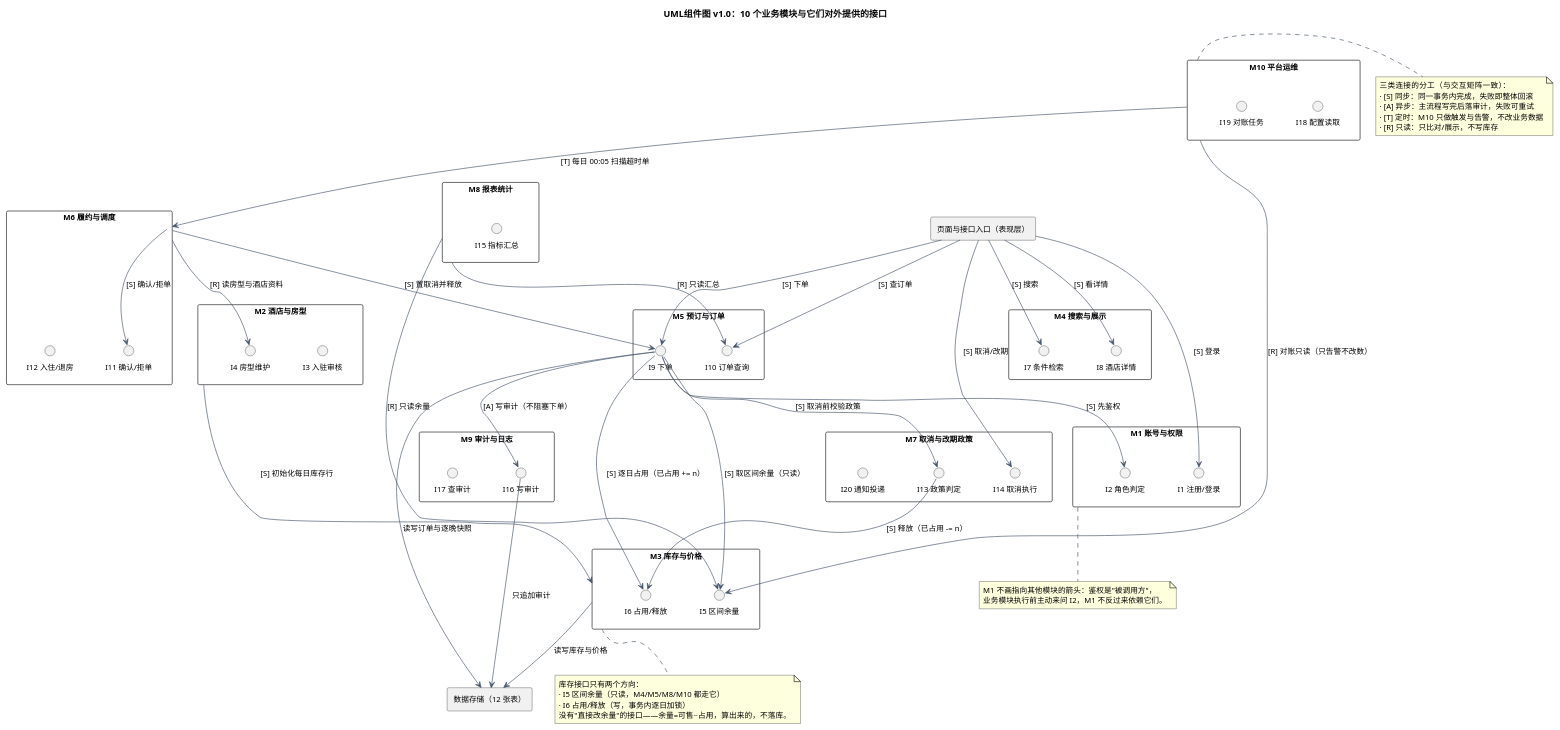
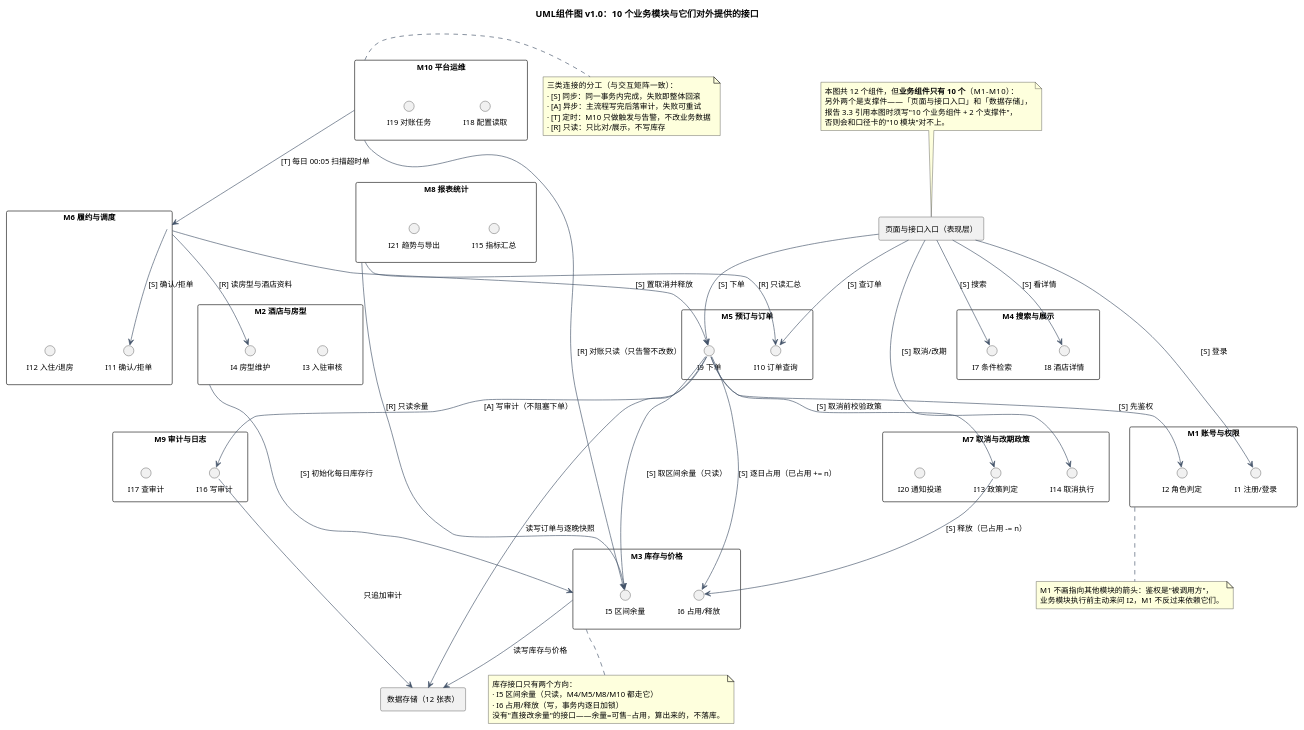
The diagram in exp2/UML/UML组件图.puml (ChenYiFanAccount/softeng-lab1-requirements), drawn with PlantUML before and after one commit. The commit also changed 7 other files, not shown here.

First line of the commit message:
[S2-fix] 结构图返工：角色改枚举字段、补 Booking—Hotel、改正终态注释（29/29 PASS）

```diff
--- a/exp2/UML/UML组件图.puml
+++ b/exp2/UML/UML组件图.puml
@@ -1,123 +1,131 @@
 @startuml
 ' 版本：v1.0（2026-11-12，S2 结构图）
 ' 口径来源：exp2/设计基线/02_模块划分与交互.md §2 模块卡片（对外接口）、§3 交互矩阵（S/A/T/R）
 ' 画法：10 个业务模块各画成一个组件，组件框内列出它对外提供的具名接口（共 20 个）；
 ' 组件之间的箭头一律带 [S]/[A]/[T]/[R] 与接口名，与交互矩阵逐格对应。
 title UML组件图 v1.0：10 个业务模块与它们对外提供的接口
 
 skinparam shadowing false
 skinparam defaultFontSize 12
 skinparam componentStyle rectangle
 skinparam ArrowColor #44546A
 
 component "页面与接口入口（表现层）" as WEB
 
 component "M1 账号与权限" as M1 {
   interface "I1 注册/登录" as I1
   interface "I2 角色判定" as I2
 }
 
 component "M2 酒店与房型" as M2 {
   interface "I3 入驻审核" as I3
   interface "I4 房型维护" as I4
 }
 
 component "M3 库存与价格" as M3 {
   interface "I5 区间余量" as I5
   interface "I6 占用/释放" as I6
 }
 
 component "M4 搜索与展示" as M4 {
   interface "I7 条件检索" as I7
   interface "I8 酒店详情" as I8
 }
 
 component "M5 预订与订单" as M5 {
   interface "I9 下单" as I9
   interface "I10 订单查询" as I10
 }
 
 component "M6 履约与调度" as M6 {
   interface "I11 确认/拒单" as I11
   interface "I12 入住/退房" as I12
 }
 
 component "M7 取消与改期政策" as M7 {
   interface "I13 政策判定" as I13
   interface "I14 取消执行" as I14
   interface "I20 通知投递" as I20
 }
 
 component "M8 报表统计" as M8 {
   interface "I15 指标汇总" as I15
+  interface "I21 趋势与导出" as I21
 }
 
 component "M9 审计与日志" as M9 {
   interface "I16 写审计" as I16
   interface "I17 查审计" as I17
 }
 
 component "M10 平台运维" as M10 {
   interface "I18 配置读取" as I18
   interface "I19 对账任务" as I19
 }
 
 component "数据存储（12 张表）" as DB
 
 ' ---------- 入口 → 业务模块 ----------
 WEB --> I1 : [S] 登录
 WEB --> I7 : [S] 搜索
 WEB --> I8 : [S] 看详情
 WEB --> I9 : [S] 下单
 WEB --> I10 : [S] 查订单
 WEB --> I14 : [S] 取消/改期
 
 ' ---------- 下单链路 ----------
 I9 --> I2 : [S] 先鉴权
 I9 --> I5 : [S] 取区间余量（只读）
 I9 --> I6 : [S] 逐日占用（已占用 += n）
 I9 --> I16 : [A] 写审计（不阻塞下单）
 
 ' ---------- 取消 / 超时释放 ----------
 I9 --> I13 : [S] 取消前校验政策
 I13 --> I6 : [S] 释放（已占用 -= n）
 M10 --> M6 : [T] 每日 00:05 扫描超时单
 M6 --> I9 : [S] 置取消并释放
 
 ' ---------- 履约 ----------
 M6 --> I4 : [R] 读房型与酒店资料
 M6 --> I11 : [S] 确认/拒单
 
 ' ---------- 库存维护 ----------
 M2 --> M3 : [S] 初始化每日库存行
 
 ' ---------- 只读侧 ----------
 M8 --> I10 : [R] 只读汇总
 M8 --> I5 : [R] 只读余量
 M10 --> I5 : [R] 对账只读（只告警不改数）
 
 ' ---------- 持久化 ----------
 M3 --> DB : 读写库存与价格
 I9 --> DB : 读写订单与逐晚快照
 I16 --> DB : 只追加审计
 
 note right of M10
   三类连接的分工（与交互矩阵一致）：
   · [S] 同步：同一事务内完成，失败即整体回滚
   · [A] 异步：主流程写完后落审计，失败可重试
   · [T] 定时：M10 只做触发与告警，不改业务数据
   · [R] 只读：只比对/展示，不写库存
 end note
 
 note bottom of M3
   库存接口只有两个方向：
   · I5 区间余量（只读，M4/M5/M8/M10 都走它）
   · I6 占用/释放（写，事务内逐日加锁）
   没有"直接改余量"的接口——余量=可售−占用，算出来的，不落库。
 end note
 
 note bottom of M1
   M1 不画指向其他模块的箭头：鉴权是"被调用方"，
   业务模块执行前主动来问 I2，M1 不反过来依赖它们。
 end note
+
+note top of WEB
+  本图共 12 个组件，但**业务组件只有 10 个**（M1–M10）：
+  另外两个是支撑件——「页面与接口入口」和「数据存储」，
+  报告 3.3 引用本图时须写"10 个业务组件 + 2 个支撑件"，
+  否则会和口径卡的"10 模块"对不上。
+end note
 @enduml
```
